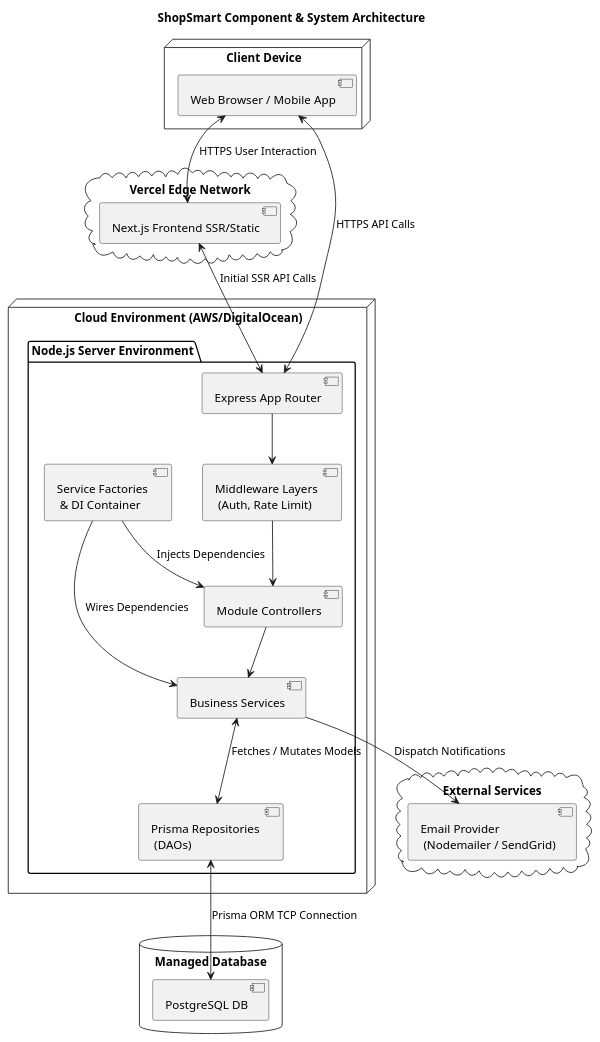
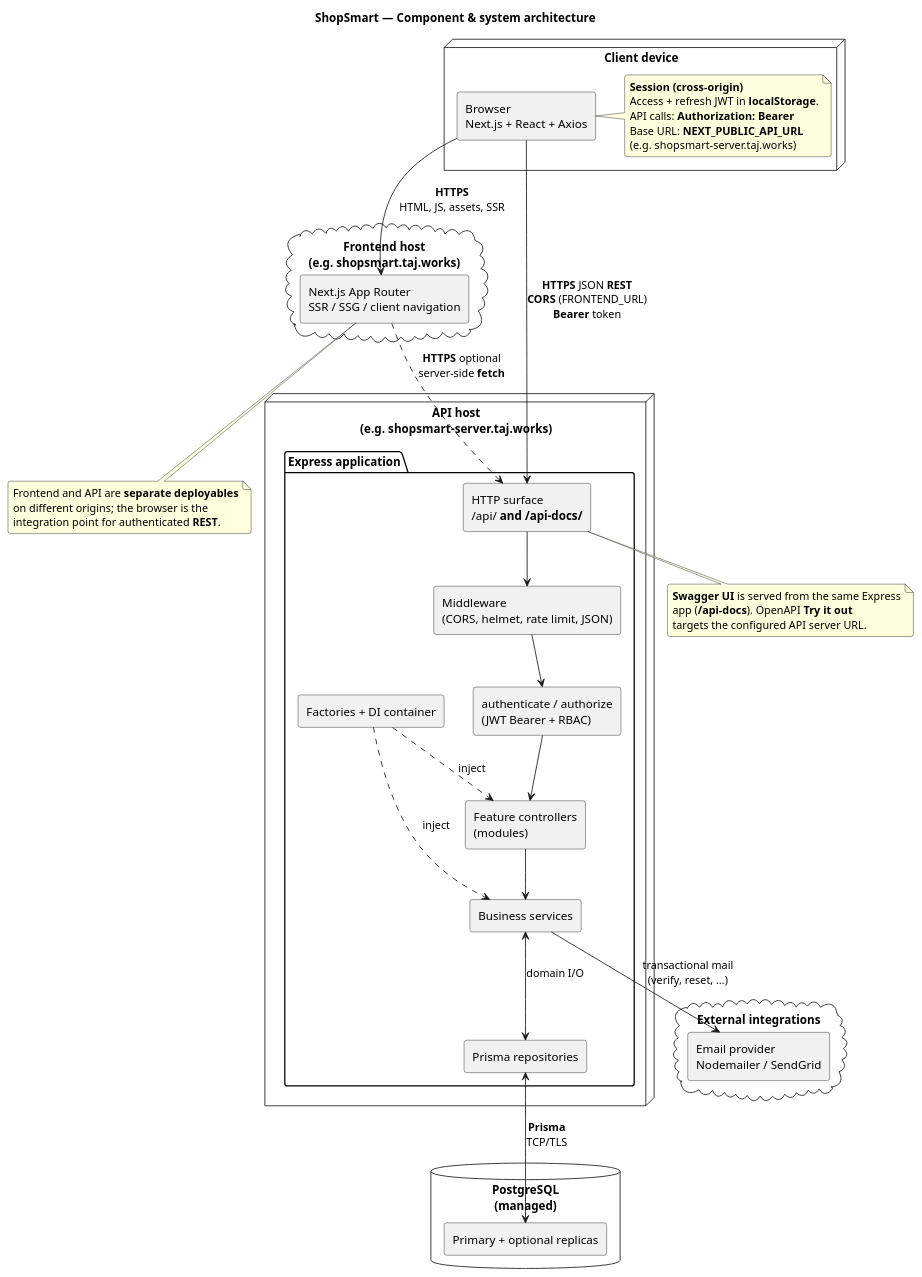
One commit to Taj-2005/shop_smart changed the diagram in docs/uml/puml/component-system-architecture.puml. Above: the diagram before and after it, drawn with PlantUML. The commit also changed 1 other file, not shown here.

Commit message:
enhanced the component sys architecture

```diff
--- a/docs/uml/puml/component-system-architecture.puml
+++ b/docs/uml/puml/component-system-architecture.puml
@@ -1,46 +1,75 @@
 @startuml
-title ShopSmart Component & System Architecture
+title ShopSmart — Component & system architecture
 
-node "Client Device" {
-    [Web Browser / Mobile App] as Client
+skinparam componentStyle rectangle
+skinparam roundcorner 6
+
+node "Client device" {
+  [Browser\nNext.js + React + Axios] as Browser
+  note right of Browser
+    **Session (cross-origin)**
+    Access + refresh JWT in **localStorage**.
+    API calls: **Authorization: Bearer**
+    Base URL: **NEXT_PUBLIC_API_URL**
+    (e.g. shopsmart-server.taj.works)
+  end note
 }
 
-cloud "Vercel Edge Network" {
-    [Next.js Frontend SSR/Static] as FrontendApp
+cloud "Frontend host\n(e.g. shopsmart.taj.works)" {
+  [Next.js App Router\nSSR / SSG / client navigation] as NextApp
 }
 
-node "Cloud Environment (AWS/DigitalOcean)" {
-    package "Node.js Server Environment" {
-        [Express App Router] as HTTPRouter
-        [Middleware Layers \n (Auth, Rate Limit)] as Middleware
-        [Module Controllers] as Controllers
-        [Business Services] as Services
-        [Service Factories \n & DI Container] as DIContainer
-        [Prisma Repositories \n (DAOs)] as Repositories
-    }
+node "API host\n(e.g. shopsmart-server.taj.works)" {
+  package "Express application" {
+    [HTTP surface\n/api/** and /api-docs/**] as HttpSurface
+    [Middleware\n(CORS, helmet, rate limit, JSON)] as Middleware
+    [authenticate / authorize\n(JWT Bearer + RBAC)] as AuthLayer
+    [Feature controllers\n(modules)] as Controllers
+    [Business services] as Services
+    [Factories + DI container] as DIContainer
+    [Prisma repositories] as Repositories
+  }
 }
 
-database "Managed Database" {
-    [PostgreSQL DB] as Postgres
+database "PostgreSQL\n(managed)" {
+  [Primary + optional replicas] as Postgres
 }
 
-cloud "External Services" {
-    [Email Provider \n (Nodemailer / SendGrid)] as EmailProvider
+cloud "External integrations" {
+  [Email provider\nNodemailer / SendGrid] as EmailProvider
 }
 
-Client <--> FrontendApp : HTTPS User Interaction
-Client <--> HTTPRouter : HTTPS API Calls
+' --- User traffic ---
+Browser --> NextApp : **HTTPS**\nHTML, JS, assets, SSR
 
-FrontendApp <--> HTTPRouter : Initial SSR API Calls
+' --- Cross-origin API (primary integration path) ---
+Browser --> HttpSurface : **HTTPS** JSON **REST**\n**CORS** (FRONTEND_URL)\n**Bearer** token
 
-HTTPRouter --> Middleware
-Middleware --> Controllers
+' --- Optional: Next.js server calls API (RSC, route handlers, etc.) ---
+NextApp ..> HttpSurface : **HTTPS** optional\nserver-side **fetch**
+
+' --- In-process API pipeline ---
+HttpSurface --> Middleware
+Middleware --> AuthLayer
+AuthLayer --> Controllers
 Controllers --> Services
-Services <--> Repositories : Fetches / Mutates Models
-DIContainer --> Services : Wires Dependencies
-DIContainer --> Controllers : Injects Dependencies
-Repositories <--> Postgres : Prisma ORM TCP Connection
+Services <--> Repositories : domain I/O
+DIContainer ..> Services : inject
+DIContainer ..> Controllers : inject
+Repositories <--> Postgres : **Prisma**\nTCP/TLS
 
-Services --> EmailProvider : Dispatch Notifications
+Services --> EmailProvider : transactional mail\n(verify, reset, …)
+
+note bottom of HttpSurface
+  **Swagger UI** is served from the same Express
+  app (**/api-docs**). OpenAPI **Try it out**
+  targets the configured API server URL.
+end note
+
+note bottom of NextApp
+  Frontend and API are **separate deployables**
+  on different origins; the browser is the
+  integration point for authenticated **REST**.
+end note
 
 @enduml
```
